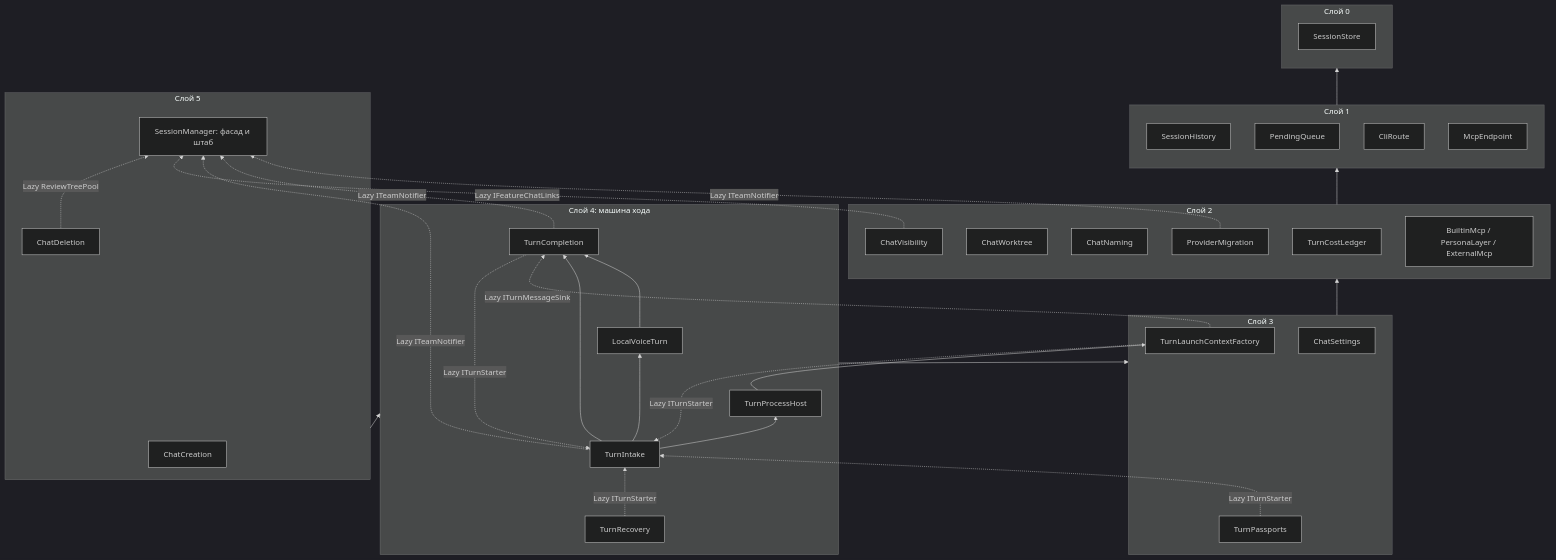
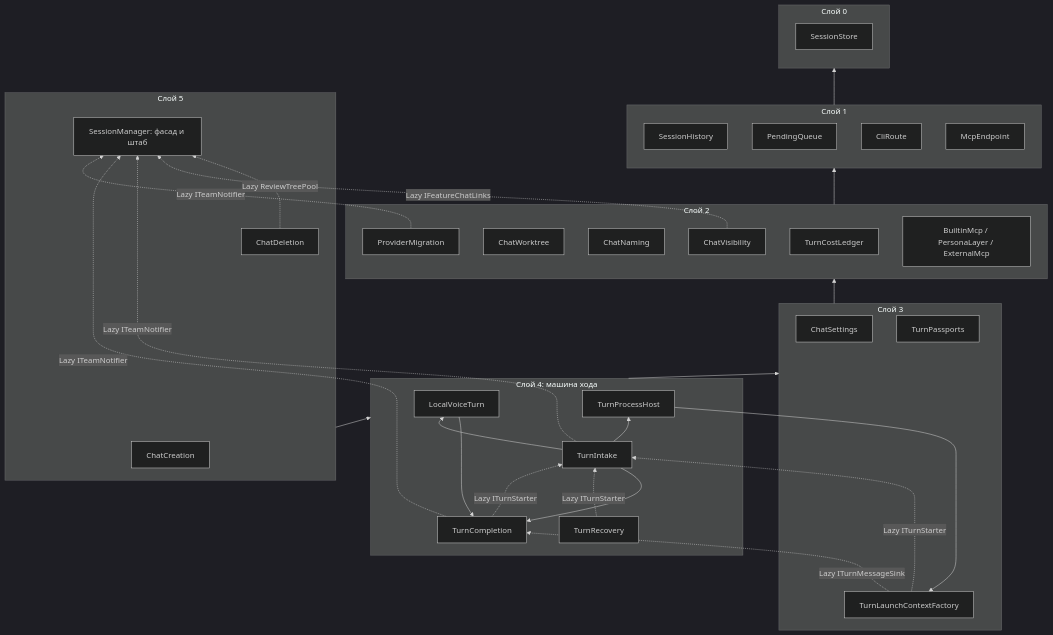
Before and after one commit to naychenko2/ClaudeCodeServer: the diagram in docs/research/session-manager-split-2026-11.md, drawn with Mermaid (dark theme). The commit also changed other lines of this file and 4 other files, not shown here.

````diff
--- a/docs/research/session-manager-split-2026-11.md
+++ b/docs/research/session-manager-split-2026-11.md
@@ -300,57 +305,56 @@
 ```mermaid
 flowchart BT
   subgraph L0["Слой 0"]
     Store["SessionStore"]
   end
   subgraph L1["Слой 1"]
     Hist["SessionHistory"]
     Queue["PendingQueue"]
     Route["CliRoute"]
     Endpoint["McpEndpoint"]
   end
   subgraph L2["Слой 2"]
     Ledger["TurnCostLedger"]
     Wt["ChatWorktree"]
     Naming["ChatNaming"]
     Migr["ProviderMigration"]
     Vis["ChatVisibility"]
     Ctx["BuiltinMcp / PersonaLayer / ExternalMcp"]
   end
   subgraph L3["Слой 3"]
     Settings["ChatSettings"]
     Pass["TurnPassports"]
     Factory["TurnLaunchContextFactory"]
   end
   subgraph L4["Слой 4: машина хода"]
     Host["TurnProcessHost"]
     Done["TurnCompletion"]
     Voice["LocalVoiceTurn"]
     Recovery["TurnRecovery"]
     Intake["TurnIntake"]
   end
   subgraph L5["Слой 5"]
     Create["ChatCreation"]
     Del["ChatDeletion"]
     SM["SessionManager: фасад и штаб"]
   end
   L1 --> L0
   L2 --> L1
   L3 --> L2
   Host --> Factory
   Voice --> Done
   Intake --> Done
   Intake --> Voice
   Intake --> Host
   L4 --> L3
   L5 --> L4
   Factory -. "Lazy ITurnMessageSink" .-> Done
   Factory -. "Lazy ITurnStarter" .-> Intake
   Done -. "Lazy ITurnStarter" .-> Intake
-  Pass -. "Lazy ITurnStarter" .-> Intake
   Recovery -. "Lazy ITurnStarter" .-> Intake
   Migr -. "Lazy ITeamNotifier" .-> SM
   Done -. "Lazy ITeamNotifier" .-> SM
   Intake -. "Lazy ITeamNotifier" .-> SM
   Vis -. "Lazy IFeatureChatLinks" .-> SM
   Del -. "Lazy ReviewTreePool" .-> SM
 ```
````
